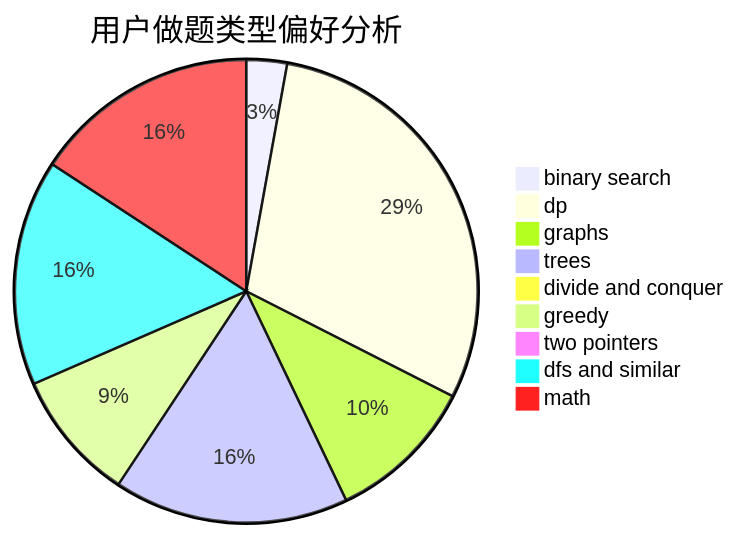
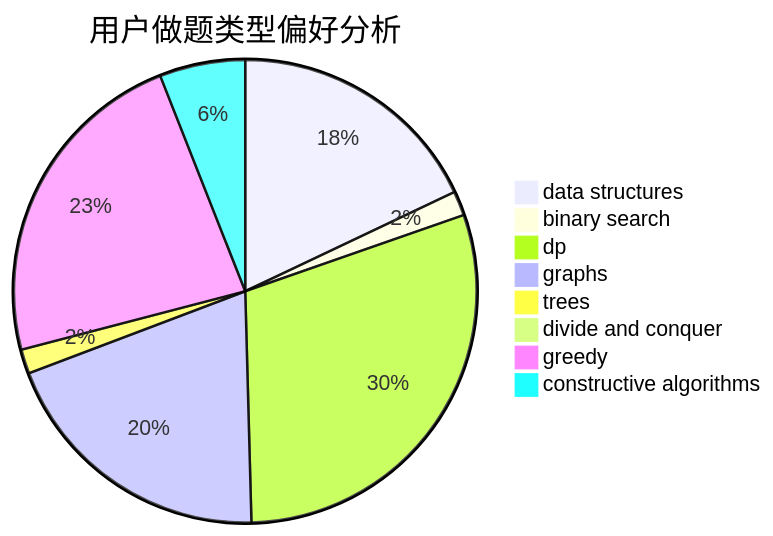
Before and after one commit to sherpahu/cfrs.github.io: the second of 3 diagrams in docs/user/u925.md, drawn with Mermaid. The commit also changed other lines of this file and 2775 other files, not shown here.

````diff
--- a/docs/user/u925.md
+++ b/docs/user/u925.md
@@ -23,12 +23,11 @@
 ```mermaid
 pie title 用户做题类型偏好分析
-    "binary search" :  9
-    "dp" :  94
-    "graphs" :  33
-    "trees" :  52
+    "data structures" :  21
+    "binary search" :  2
+    "dp" :  35
+    "graphs" :  23
+    "trees" :  2
     "divide and conquer" :  0
-    "greedy" :  29
-    "two pointers" :  3
-    "dfs and similar" :  50
-    "math" :  50
+    "greedy" :  27
+    "constructive algorithms" :  7
 ```
````
